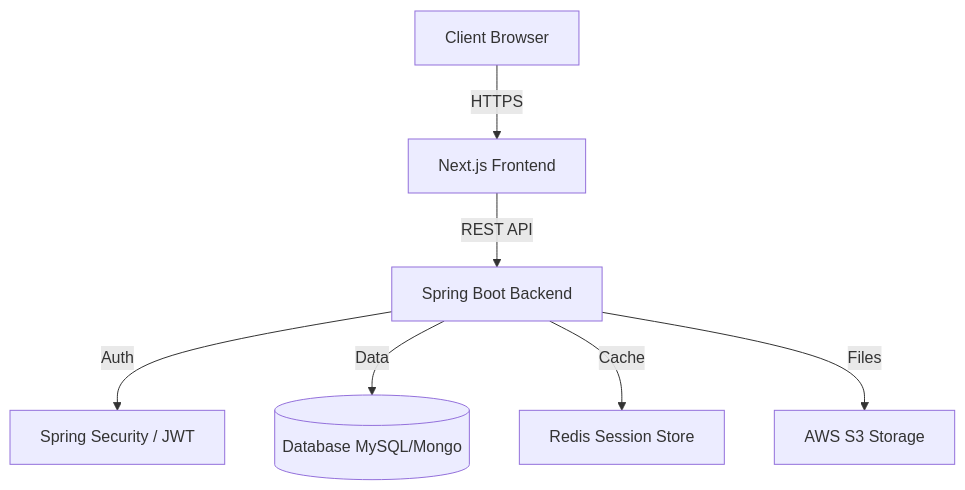
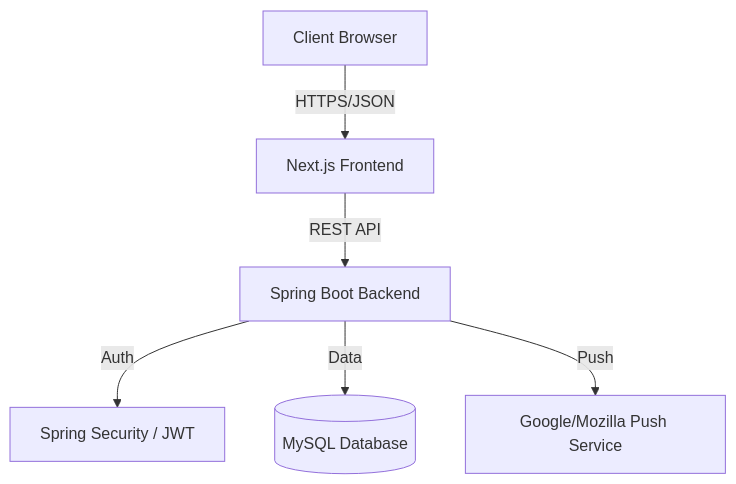
The diagram in README.md (vishalbarai007/Momentum-Science-Academy), drawn with Mermaid before and after one commit. The commit also changed other lines of this file, not shown here.

````diff
--- a/README.md
+++ b/README.md
@@ -92,9 +85,9 @@
 ```mermaid
 graph TD
-    User[Client Browser] -->|HTTPS| NextJS[Next.js Frontend]
+    User[Client Browser] -->|HTTPS/JSON| NextJS[Next.js Frontend]
     NextJS -->|REST API| Spring[Spring Boot Backend]
     Spring -->|Auth| Security[Spring Security / JWT]
-    Spring -->|Data| DB[(Database MySQL/Mongo)]
-    Spring -->|Cache| Redis[Redis Session Store]
-    Spring -->|Files| S3[AWS S3 Storage]
+    Spring -->|Data| DB[(MySQL Database)]
+    Spring -->|Push| VAPID[Google/Mozilla Push Service]
+
 ```
````
